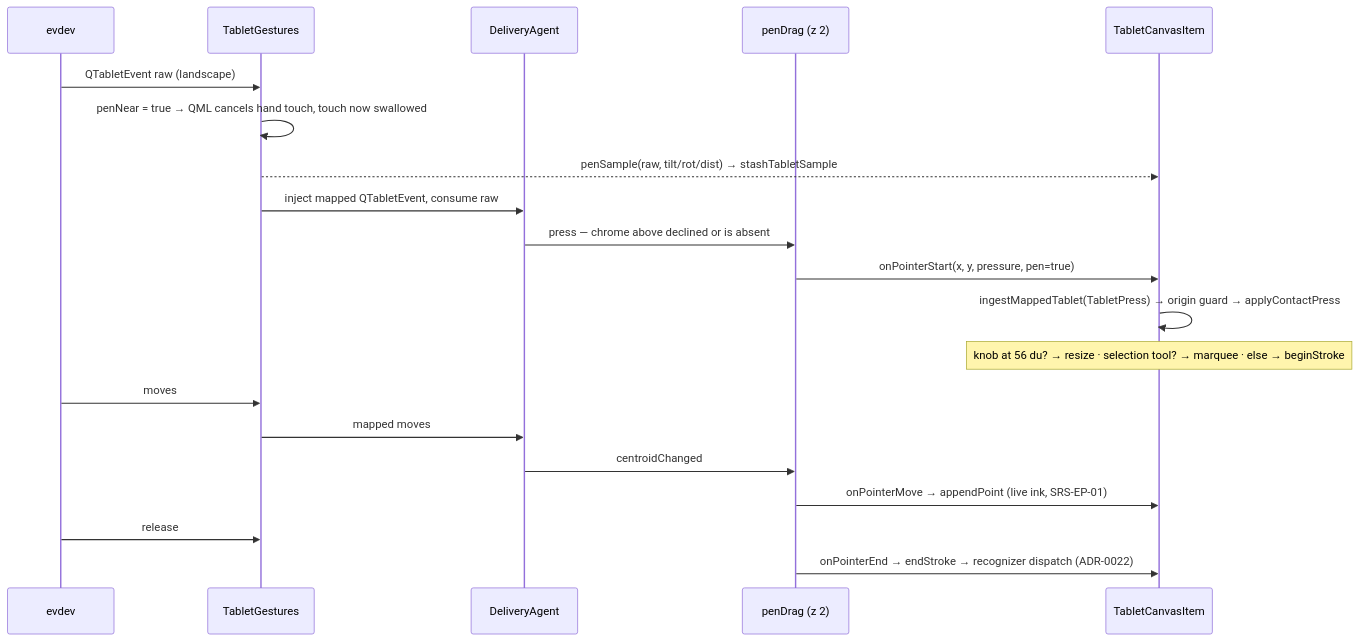
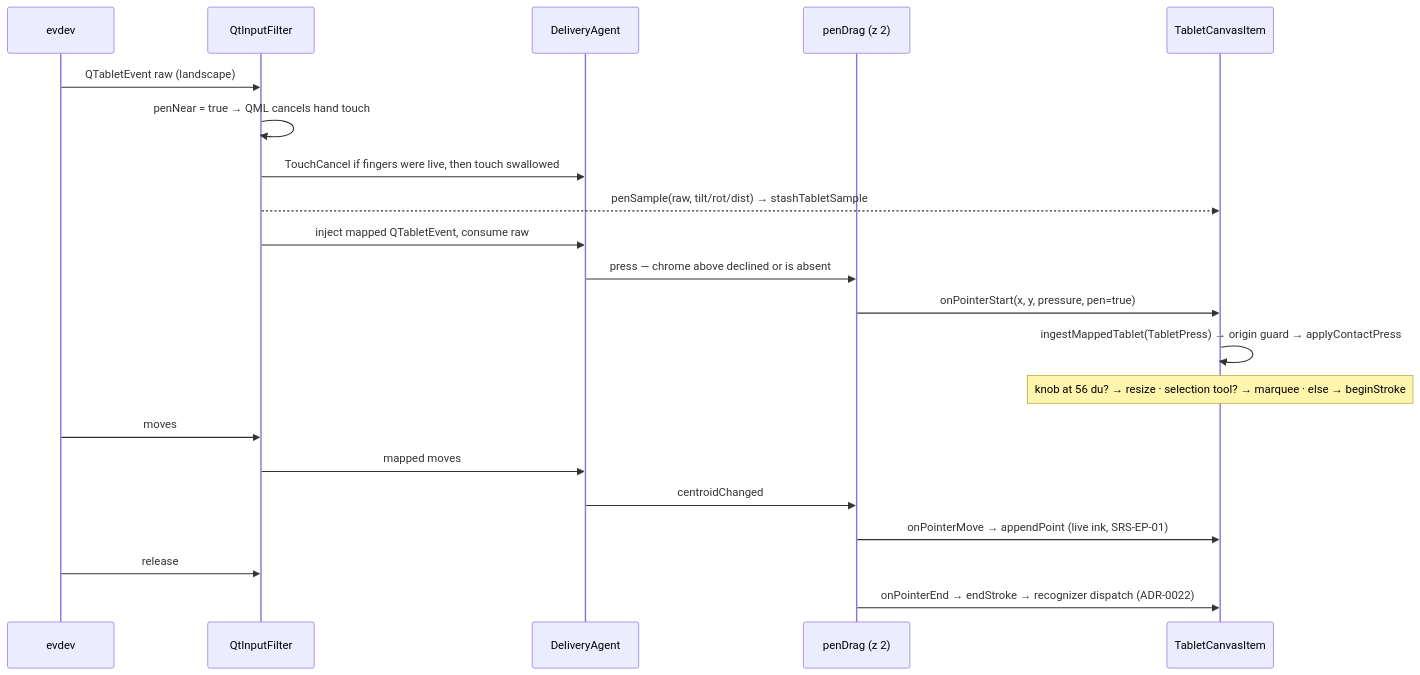
The second of 4 diagrams in .docs/modules/epaper/features/event-system/event-flow.md (hoaidv/reawa), drawn with Mermaid before and after one commit. The commit also changed other lines of this file and 28 other files, not shown here.

````diff
--- a/.docs/modules/epaper/features/event-system/event-flow.md
+++ b/.docs/modules/epaper/features/event-system/event-flow.md
@@ -129,22 +143,23 @@
 ```mermaid
 sequenceDiagram
   participant K as evdev
-  participant F as TabletGestures
+  participant F as QtInputFilter
   participant A as DeliveryAgent
   participant H as penDrag (z 2)
   participant C as TabletCanvasItem
   K->>F: QTabletEvent raw (landscape)
-  F->>F: penNear = true → QML cancels hand touch, touch now swallowed
+  F->>F: penNear = true → QML cancels hand touch
+  F->>A: TouchCancel if fingers were live, then touch swallowed
   F-->>C: penSample(raw, tilt/rot/dist) → stashTabletSample
   F->>A: inject mapped QTabletEvent, consume raw
   A->>H: press — chrome above declined or is absent
   H->>C: onPointerStart(x, y, pressure, pen=true)
   C->>C: ingestMappedTablet(TabletPress) → origin guard → applyContactPress
   Note over C: knob at 56 du? → resize · selection tool? → marquee · else → beginStroke
   K->>F: moves
   F->>A: mapped moves
   A->>H: centroidChanged
   H->>C: onPointerMove → appendPoint (live ink, SRS-EP-01)
   K->>F: release
   H->>C: onPointerEnd → endStroke → recognizer dispatch (ADR-0022)
 ```
````
